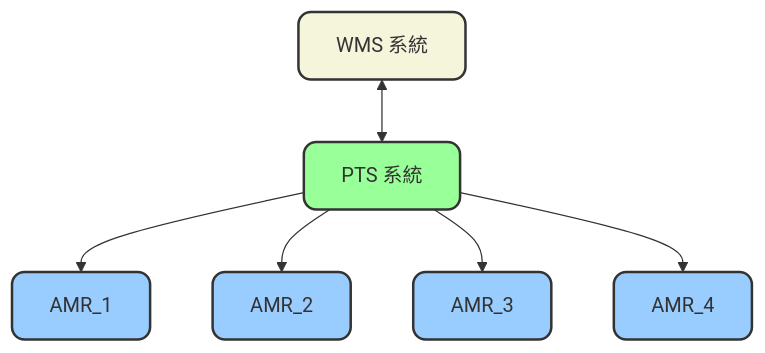
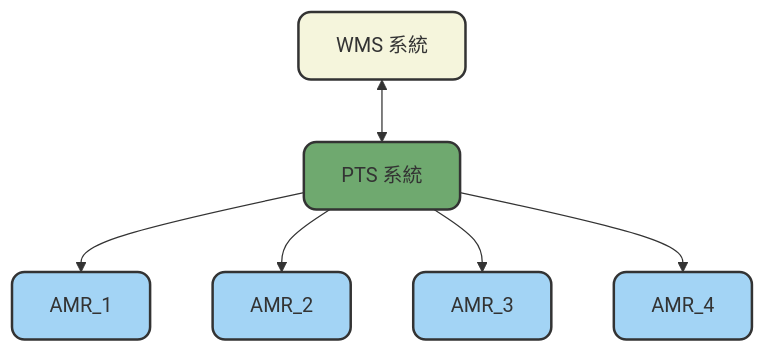
Before and after one commit to athena-tircgo/amr-wms-lsj: the first of 5 diagrams in README.md, drawn with Mermaid.

````diff
--- a/README.md
+++ b/README.md
@@ -22,25 +22,25 @@
 ```mermaid
 flowchart TD
     %% 節點設定
     style WMS fill:#f5f5dc,stroke:#333,stroke-width:2px,rx:10,ry:10
-    style PTS fill:#9f9,stroke:#333,stroke-width:2px,rx:10,ry:10
-    style AMR1 fill:#9cf,stroke:#333,stroke-width:2px,rx:10,ry:10
-    style AMR2 fill:#9cf,stroke:#333,stroke-width:2px,rx:10,ry:10
-    style AMR3 fill:#9cf,stroke:#333,stroke-width:2px,rx:10,ry:10
-    style AMR4 fill:#9cf,stroke:#333,stroke-width:2px,rx:10,ry:10
+    style PTS fill:#6fa96f,stroke:#333,stroke-width:2px,rx:10,ry:10
+    style AMR1 fill:#a3d4f5,stroke:#333,stroke-width:2px,rx:10,ry:10
+    style AMR2 fill:#a3d4f5,stroke:#333,stroke-width:2px,rx:10,ry:10
+    style AMR3 fill:#a3d4f5,stroke:#333,stroke-width:2px,rx:10,ry:10
+    style AMR4 fill:#a3d4f5,stroke:#333,stroke-width:2px,rx:10,ry:10
 
     %% 節點文字
     WMS["WMS 系統"]
     PTS["PTS 系統"]
     AMR1["AMR_1"]
     AMR2["AMR_2"]
     AMR3["AMR_3"]
     AMR4["AMR_4"]
 
     %% 連線
     WMS <-->PTS
     PTS -->AMR1
     PTS -->AMR2
     PTS -->AMR3
     PTS -->AMR4
 ```
````
